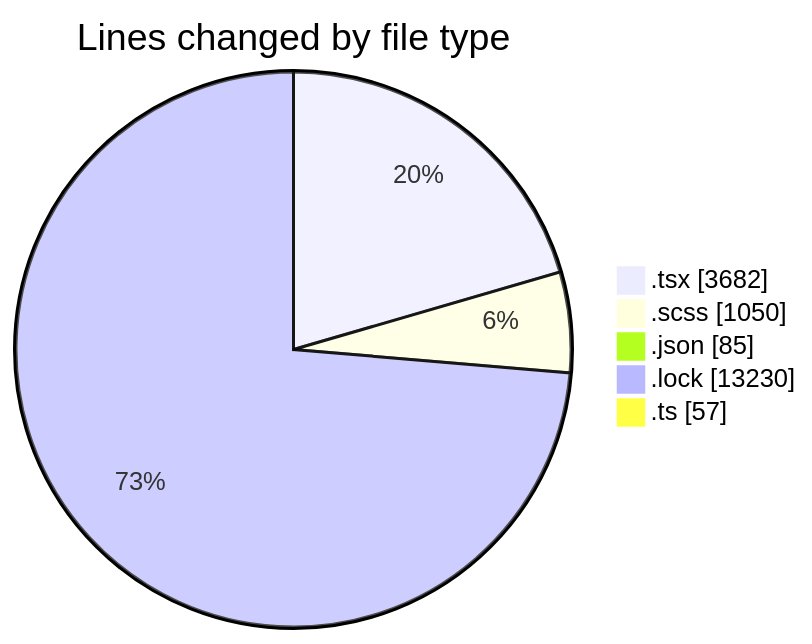
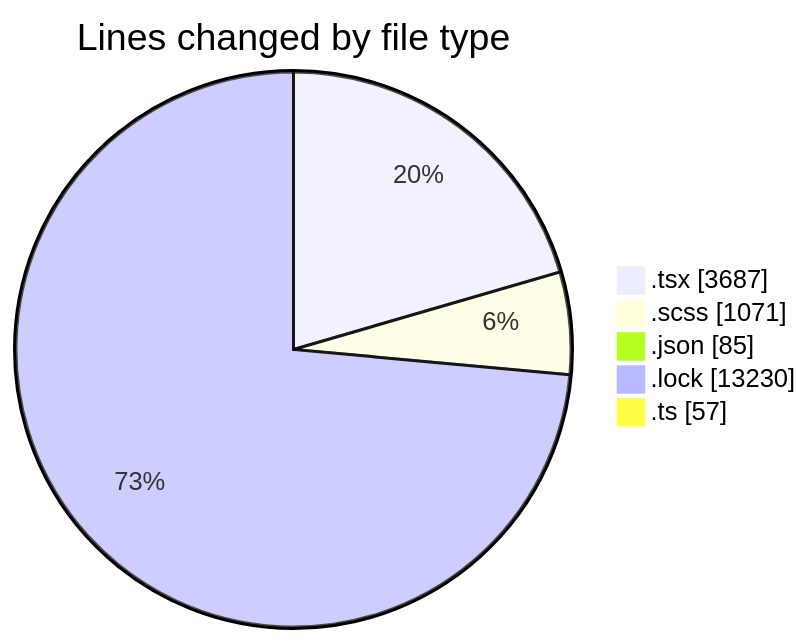
Before and after one commit to momahboobian/code-tracking: the first of 2 diagrams in 2025-10-03/cda/README.md, drawn with Mermaid. The commit also changed other lines of this file and 1 other file, not shown here.

````diff
--- a/2025-10-03/cda/README.md
+++ b/2025-10-03/cda/README.md
@@ -30,9 +30,9 @@
 ```mermaid
 pie showData
 title Lines changed by file type
-".tsx" : 3682
-".scss" : 1050
+".tsx" : 3687
+".scss" : 1071
 ".json" : 85
 ".lock" : 13230
 ".ts" : 57
 ```
````
